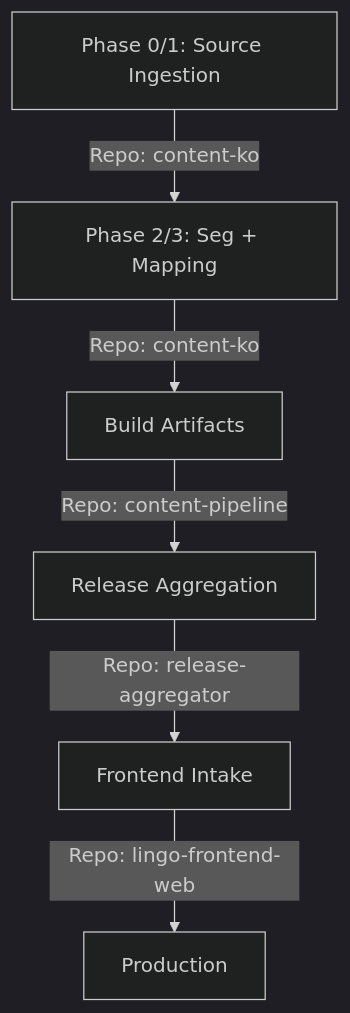
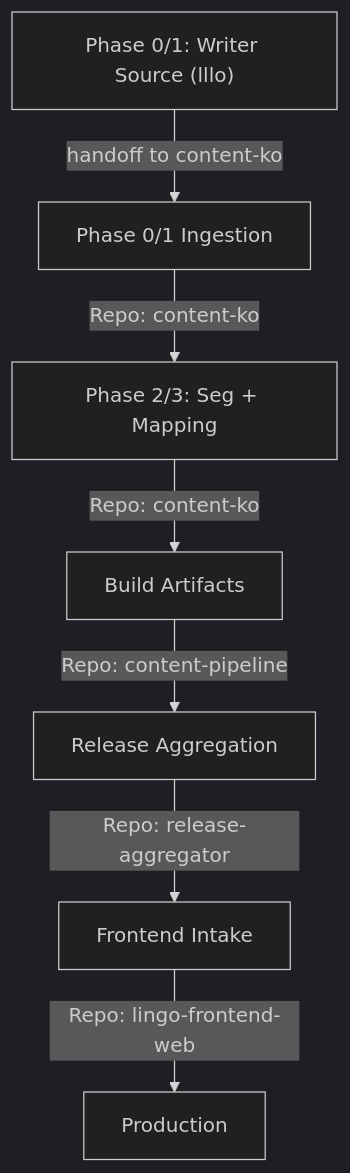
One commit to stasischen/release-aggregator changed the diagram in docs/workflow_map.md. Above: the diagram before and after it, drawn with Mermaid (dark theme). The commit also changed other lines of this file and 4 other files, not shown here.

````diff
--- a/docs/workflow_map.md
+++ b/docs/workflow_map.md
@@ -5,8 +5,9 @@
 ```mermaid
 graph TD
-    A[Phase 0/1: Source Ingestion] -->|Repo: content-ko| B[Phase 2/3: Seg + Mapping]
-    B -->|Repo: content-ko| C[Build Artifacts]
-    C -->|Repo: content-pipeline| D[Release Aggregation]
-    D -->|Repo: release-aggregator| E[Frontend Intake]
-    E -->|Repo: lingo-frontend-web| F[Production]
+    A["Phase 0/1: Writer Source (lllo)"] -->|handoff to content-ko| B[Phase 0/1 Ingestion]
+    B -->|Repo: content-ko| C[Phase 2/3: Seg + Mapping]
+    C -->|Repo: content-ko| D[Build Artifacts]
+    D -->|Repo: content-pipeline| E[Release Aggregation]
+    E -->|Repo: release-aggregator| F[Frontend Intake]
+    F -->|Repo: lingo-frontend-web| G[Production]
 ```
````
